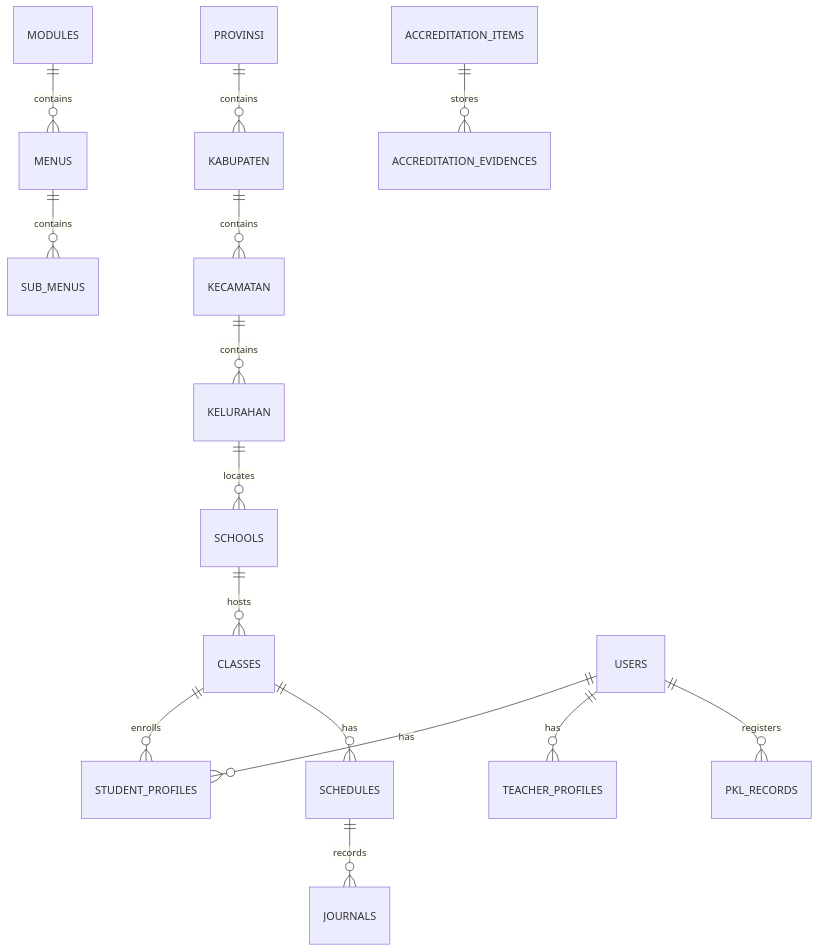
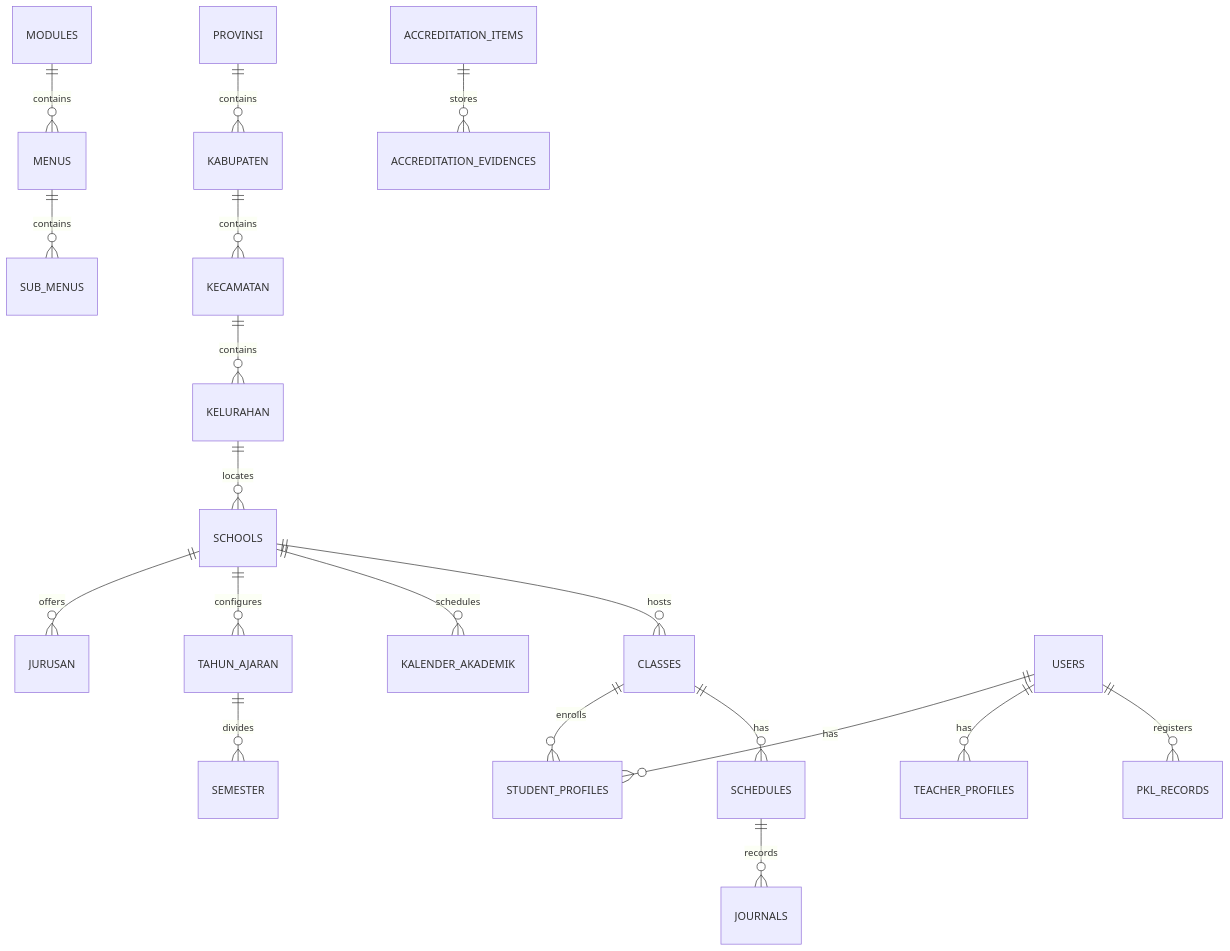
One commit to gh4ni404/infora_project changed the second of 2 diagrams in detail/DESIGN.md. Above: the diagram before and after it, drawn with Mermaid. The commit also changed other lines of this file and 6 other files, not shown here.

````diff
--- a/detail/DESIGN.md
+++ b/detail/DESIGN.md
@@ -174,17 +177,21 @@
 ```mermaid
 erDiagram
     MODULES ||--o{ MENUS : contains
     MENUS ||--o{ SUB_MENUS : contains
     PROVINSI ||--o{ KABUPATEN : contains
     KABUPATEN ||--o{ KECAMATAN : contains
     KECAMATAN ||--o{ KELURAHAN : contains
     KELURAHAN ||--o{ SCHOOLS : locates
+    SCHOOLS ||--o{ JURUSAN : offers
+    SCHOOLS ||--o{ TAHUN_AJARAN : configures
+    TAHUN_AJARAN ||--o{ SEMESTER : divides
+    SCHOOLS ||--o{ KALENDER_AKADEMIK : schedules
     SCHOOLS ||--o{ CLASSES : hosts
     USERS ||--o{ STUDENT_PROFILES : has
     USERS ||--o{ TEACHER_PROFILES : has
     CLASSES ||--o{ STUDENT_PROFILES : enrolls
     CLASSES ||--o{ SCHEDULES : has
     SCHEDULES ||--o{ JOURNALS : records
     USERS ||--o{ PKL_RECORDS : registers
     ACCREDITATION_ITEMS ||--o{ ACCREDITATION_EVIDENCES : stores
 ```
````
